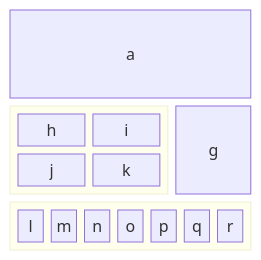
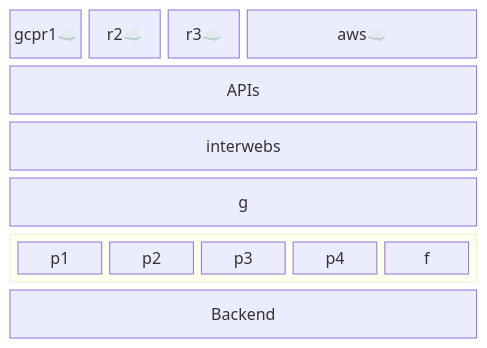
One commit to sohale/cs-glossaries changed the diagram in devops/terraform-tut.md. Above: the diagram before and after it, drawn with Mermaid. The commit also changed other lines of this file, not shown here.

````diff
--- a/devops/terraform-tut.md
+++ b/devops/terraform-tut.md
@@ -77,14 +77,24 @@
 ```mermaid
 block-beta
-  columns 3
-  a:3
-  block:group1:2
-    columns 2
-    h i j k
+  columns 6
+  gcpr1☁️ r2☁️ r3☁️ aws☁️:3
+  %% resources on cloud providers
+  APIs:6
+  interwebs:6
+  %% block:group1:6
+  %%   columns 2
+  %%   h i j k
+  %% end
+  g:6
+  %% block:group2:6
+  %%  %% columns auto (default)
+  %%  p1 p2 p3  p4 p5 p6
+  %% end
+  block:group3:6
+    columns 5
+    %%  The width of the columns is determined by the widest block
+    %% pp["provider plugins"]:1
+    p1:1 p2:1 p3:1 p4:1 f:1
   end
-  g
-  block:group2:3
-    %% columns auto (default)
-    l m n o p q r
-  end
+  Backend:6
 ```
````
